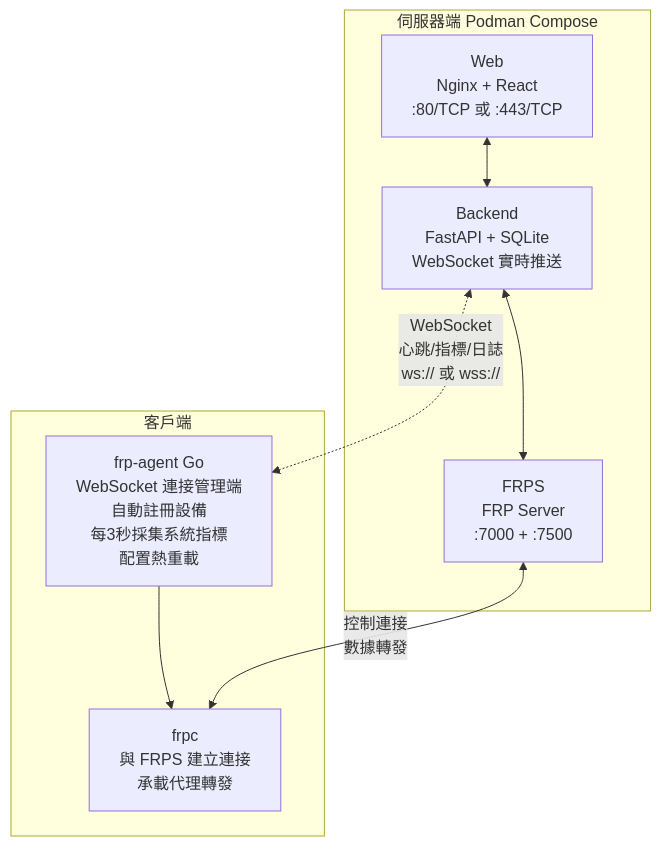
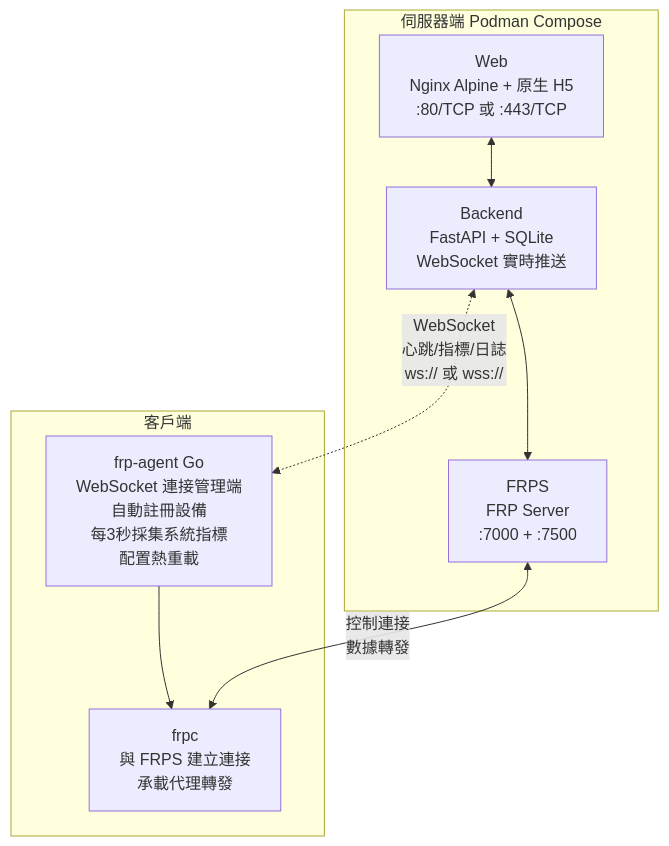
The diagram in README.zh-TW.md (GreenhandTan/FRP-ALL-IN-ONE), drawn with Mermaid before and after one commit. The commit also changed other lines of this file and 2 other files, not shown here.

````diff
--- a/README.zh-TW.md
+++ b/README.zh-TW.md
@@ -111,19 +142,19 @@
 ```mermaid
 flowchart TB
     subgraph Server["伺服器端 Podman Compose"]
-        Web["Web<br/>Nginx + React<br/>:80/TCP 或 :443/TCP"]
+        Web["Web<br/>Nginx Alpine + 原生 H5<br/>:80/TCP 或 :443/TCP"]
         Backend["Backend<br/>FastAPI + SQLite<br/>WebSocket 實時推送"]
         FRPS["FRPS<br/>FRP Server<br/>:7000 + :7500"]
         Web <--> Backend
         Backend <--> FRPS
     end
 
     subgraph Client["客戶端"]
         Agent["frp-agent Go<br/>WebSocket 連接管理端<br/>自動註冊設備<br/>每3秒採集系統指標<br/>配置熱重載"]
         FRPC["frpc<br/>與 FRPS 建立連接<br/>承載代理轉發"]
         Agent --> FRPC
     end
 
     Backend <-.->|"WebSocket<br/>心跳/指標/日誌<br/>ws:// 或 wss://"| Agent
     FRPS <-->|"控制連接<br/>數據轉發"| FRPC
 ```
````
